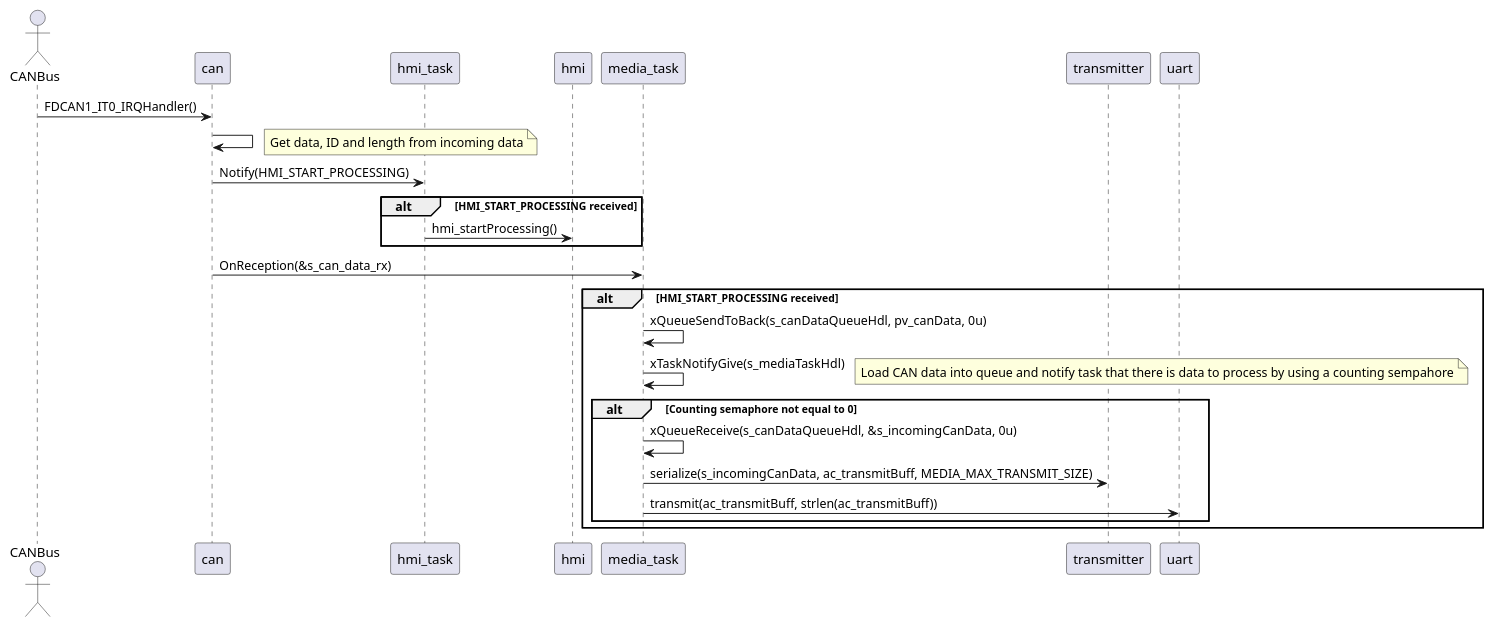
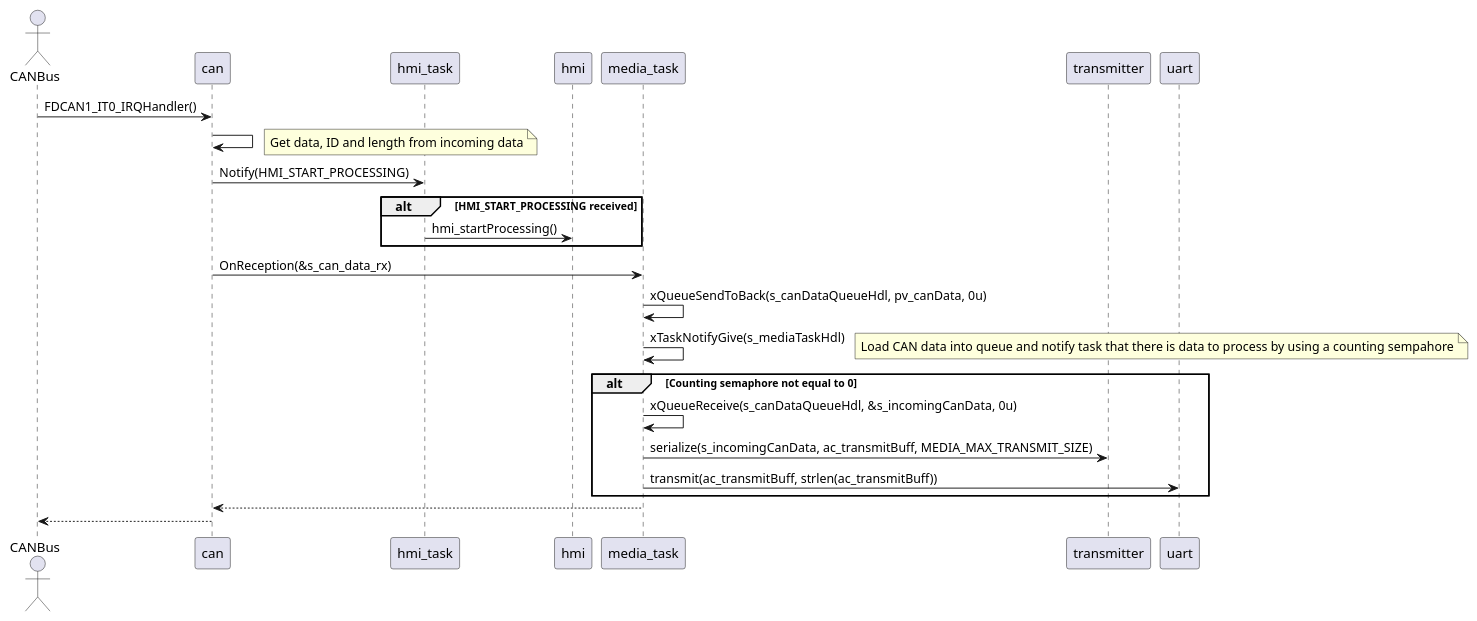
Before and after one commit to frchp/can-sniffer: the diagram in uml/scenario_incoming_can.puml, drawn with PlantUML. The commit also changed 1 other file, not shown here.

Commit message:
Update UML

```diff
--- a/uml/scenario_incoming_can.puml
+++ b/uml/scenario_incoming_can.puml
@@ -1,25 +1,25 @@
 @startuml
 actor CANBus
 CANBus -> can : FDCAN1_IT0_IRQHandler()
-can -> can 
+can -> can
 note right
 Get data, ID and length from incoming data
 end note
 can -> hmi_task : Notify(HMI_START_PROCESSING)
 alt HMI_START_PROCESSING received
     hmi_task -> hmi : hmi_startProcessing()
 end
 can -> media_task : OnReception(&s_can_data_rx)
-alt HMI_START_PROCESSING received
-    media_task -> media_task : xQueueSendToBack(s_canDataQueueHdl, pv_canData, 0u)
-    media_task -> media_task : xTaskNotifyGive(s_mediaTaskHdl)
-    note right
-        Load CAN data into queue and notify task that there is data to process by using a counting sempahore
-    end note
-    alt Counting semaphore not equal to 0
-        media_task -> media_task : xQueueReceive(s_canDataQueueHdl, &s_incomingCanData, 0u)
-        media_task -> transmitter : serialize(s_incomingCanData, ac_transmitBuff, MEDIA_MAX_TRANSMIT_SIZE)
-        media_task -> uart : transmit(ac_transmitBuff, strlen(ac_transmitBuff))
-    end
+media_task -> media_task : xQueueSendToBack(s_canDataQueueHdl, pv_canData, 0u)
+media_task -> media_task : xTaskNotifyGive(s_mediaTaskHdl)
+note right
+    Load CAN data into queue and notify task that there is data to process by using a counting sempahore
+end note
+alt Counting semaphore not equal to 0
+    media_task -> media_task : xQueueReceive(s_canDataQueueHdl, &s_incomingCanData, 0u)
+    media_task -> transmitter : serialize(s_incomingCanData, ac_transmitBuff, MEDIA_MAX_TRANSMIT_SIZE)
+    media_task -> uart : transmit(ac_transmitBuff, strlen(ac_transmitBuff))
 end
+media_task --> can
+can --> CANBus
 @enduml
```
